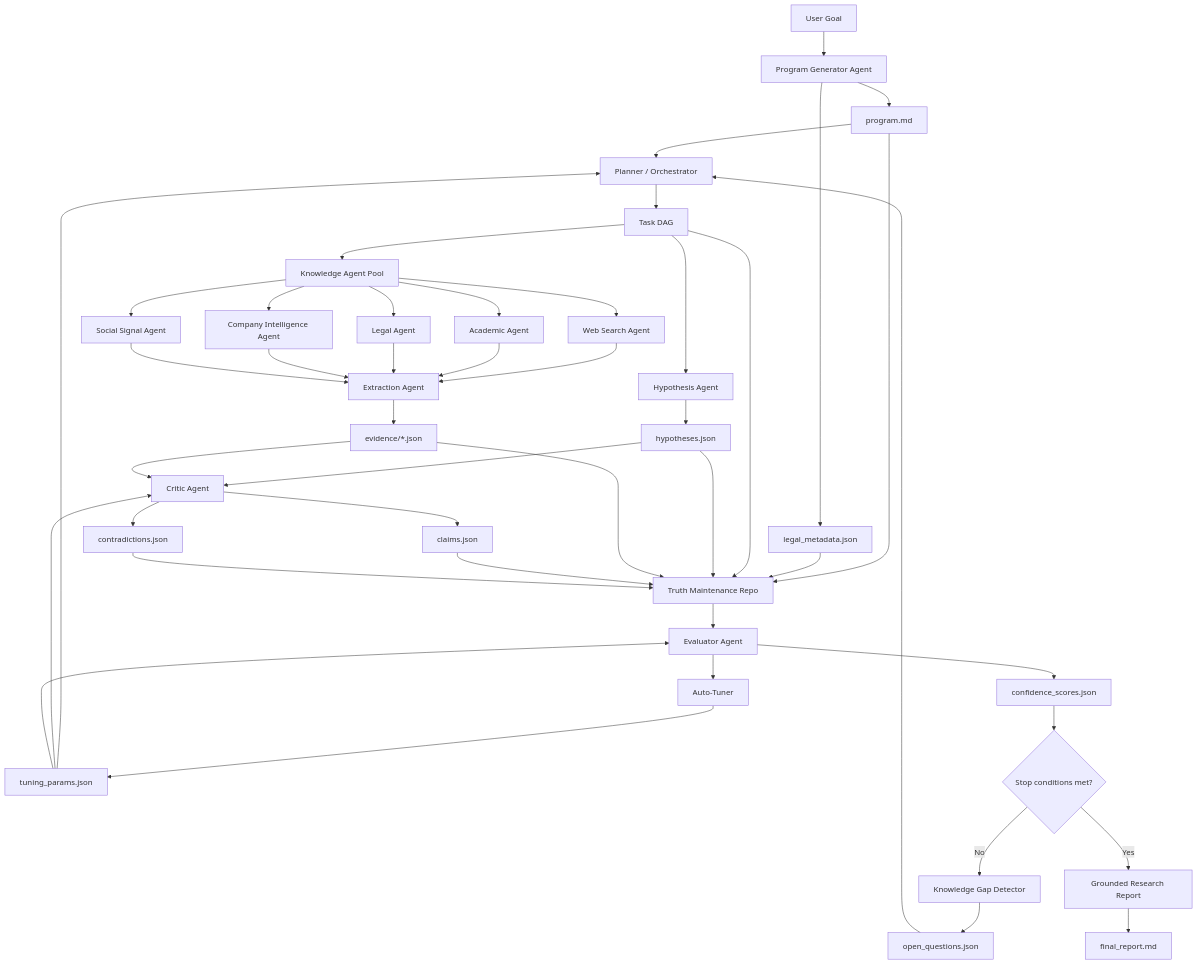
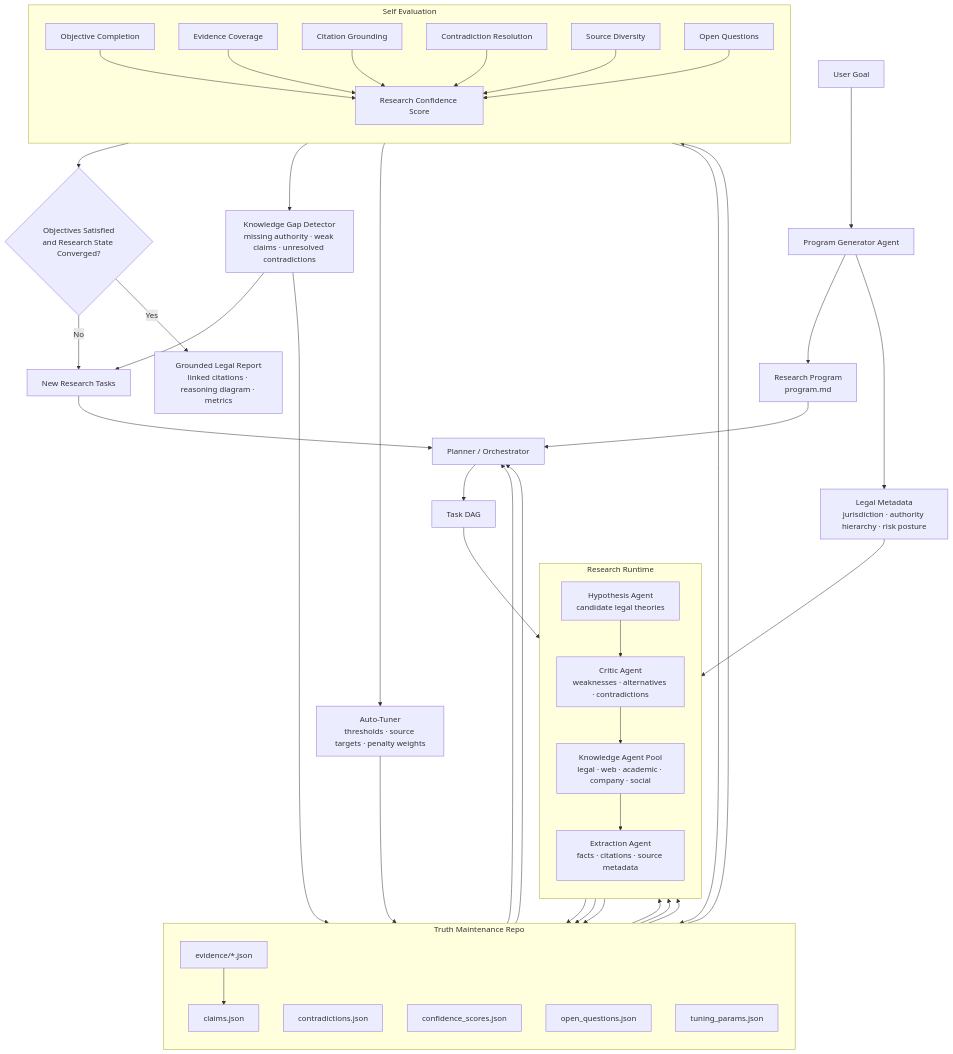
The second of 2 diagrams in README.md (karthikeyaparunandi/legal-autoresearch-os), drawn with Mermaid before and after one commit. The commit also changed other lines of this file, not shown here.

Commit message:
Clarify research control loop architecture

````diff
--- a/README.md
+++ b/README.md
@@ -36,53 +37,75 @@
 ```mermaid
 flowchart TD
     goal["User Goal"] --> generator["Program Generator Agent"]
-    generator --> program["program.md"]
-    generator --> legalMeta["legal_metadata.json"]
+    generator --> program["Research Program<br/>program.md"]
+    generator --> legalMeta["Legal Metadata<br/>jurisdiction · authority hierarchy · risk posture"]
+
     program --> planner["Planner / Orchestrator"]
     planner --> tasks["Task DAG"]
 
-    tasks --> hypotheses["Hypothesis Agent"]
-    hypotheses --> hypothesisFile["hypotheses.json"]
+    subgraph runtime["Research Runtime"]
+        direction TB
+        hypotheses["Hypothesis Agent<br/>candidate legal theories"]
+        critic["Critic Agent<br/>weaknesses · alternatives · contradictions"]
+        knowledge["Knowledge Agent Pool<br/>legal · web · academic · company · social"]
+        extraction["Extraction Agent<br/>facts · citations · source metadata"]
+        hypotheses --> critic
+        critic --> knowledge
+        knowledge --> extraction
+    end
 
-    tasks --> knowledge["Knowledge Agent Pool"]
-    knowledge --> web["Web Search Agent"]
-    knowledge --> academic["Academic Agent"]
-    knowledge --> legal["Legal Agent"]
-    knowledge --> company["Company Intelligence Agent"]
-    knowledge --> social["Social Signal Agent"]
-    web --> extraction["Extraction Agent"]
-    academic --> extraction
-    legal --> extraction
-    company --> extraction
-    social --> extraction
-    extraction --> evidence["evidence/*.json"]
+    tasks --> hypotheses
+    legalMeta --> knowledge
 
-    hypothesisFile --> critic["Critic Agent"]
-    evidence --> critic
-    critic --> contradictions["contradictions.json"]
-    critic --> claims["claims.json"]
+    subgraph truth["Truth Maintenance Repo"]
+        direction TB
+        repoClaims["claims.json"]
+        repoEvidence["evidence/*.json"]
+        repoContradictions["contradictions.json"]
+        repoConfidence["confidence_scores.json"]
+        repoQuestions["open_questions.json"]
+        repoTuning["tuning_params.json"]
+    end
 
-    program --> gt["Truth Maintenance Repo"]
-    legalMeta --> gt
-    tasks --> gt
-    hypothesisFile --> gt
-    evidence --> gt
-    claims --> gt
-    contradictions --> gt
+    hypotheses --> repoClaims
+    critic --> repoContradictions
+    extraction --> repoEvidence
+    repoEvidence --> repoClaims
+    repoClaims --> critic
+    repoContradictions --> critic
+    repoQuestions --> planner
+    repoTuning --> planner
+    repoTuning --> critic
 
-    gt --> evaluator["Evaluator Agent"]
-    evaluator --> scores["confidence_scores.json"]
-    evaluator --> tuner["Auto-Tuner"]
-    tuner --> tuning["tuning_params.json"]
-    tuning --> planner
-    tuning --> critic
-    tuning --> evaluator
-    scores --> stop{"Stop conditions met?"}
+    subgraph evaluator["Self Evaluation"]
+        direction TB
+        objective["Objective Completion"]
+        coverage["Evidence Coverage"]
+        grounding["Citation Grounding"]
+        contradictionScore["Contradiction Resolution"]
+        diversity["Source Diversity"]
+        openQ["Open Questions"]
+        confidence["Research Confidence Score"]
+        objective --> confidence
+        coverage --> confidence
+        grounding --> confidence
+        contradictionScore --> confidence
+        diversity --> confidence
+        openQ --> confidence
+    end
 
-    stop -- "No" --> gaps["Knowledge Gap Detector"]
-    gaps --> openQuestions["open_questions.json"]
-    openQuestions --> planner
+    truth --> evaluator
+    confidence --> repoConfidence
 
-    stop -- "Yes" --> report["Grounded Research Report"]
-    report --> finalReport["final_report.md"]
+    evaluator --> gaps["Knowledge Gap Detector<br/>missing authority · weak claims · unresolved contradictions"]
+    gaps --> repoQuestions
+    gaps --> newTasks["New Research Tasks"]
+    newTasks --> planner
+
+    evaluator --> tuner["Auto-Tuner<br/>thresholds · source targets · penalty weights"]
+    tuner --> repoTuning
+
+    confidence --> converged{"Objectives Satisfied<br/>and Research State Converged?"}
+    converged -- "No" --> newTasks
+    converged -- "Yes" --> report["Grounded Legal Report<br/>linked citations · reasoning diagram · metrics"]
 ```
````
